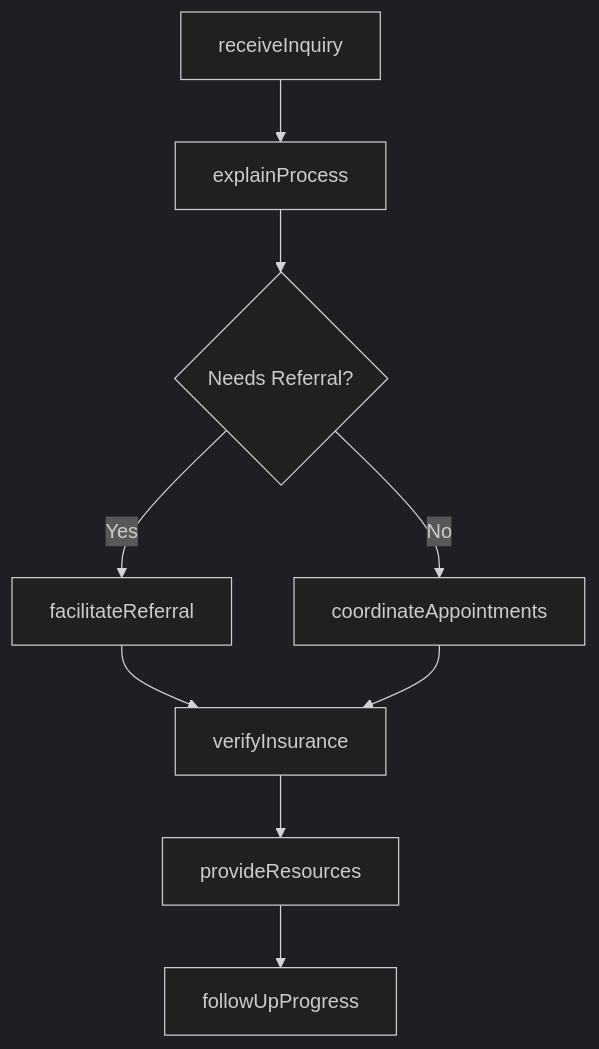
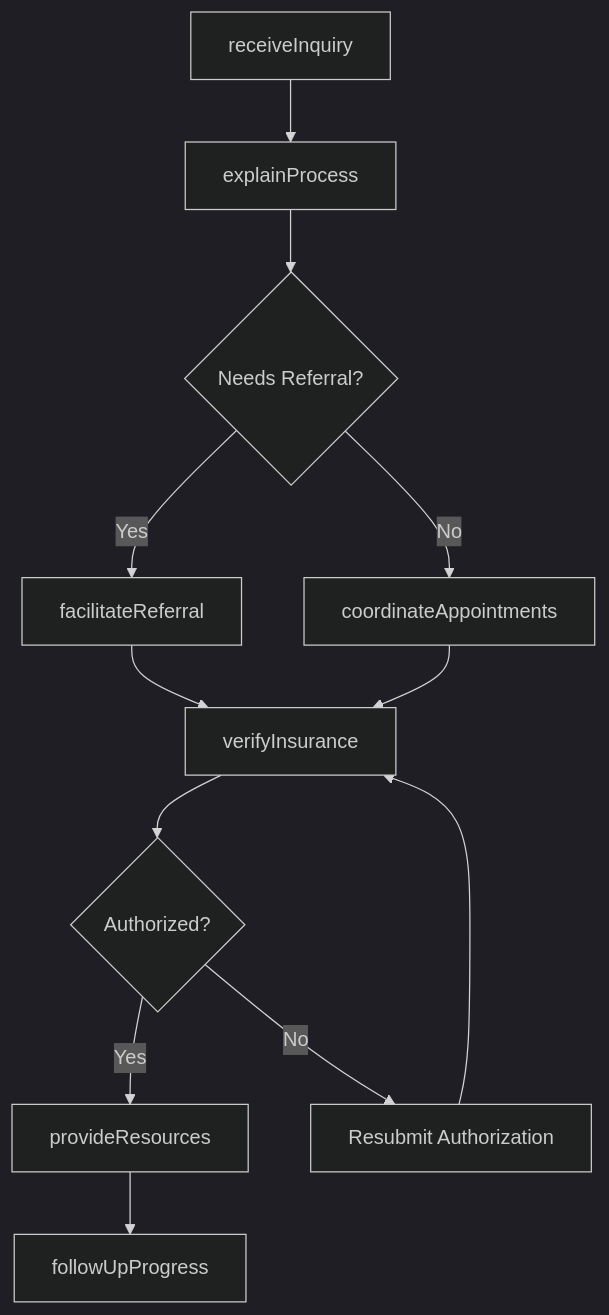
One commit to dot-org-ai/tasks.org.ai changed the third of 4 diagrams in ProvidingConsultationAndAdviceToOthers/AdvisePatientsOrClientsOnMedicalIssues/AdvisePatientsHealthcareSystemProcesses.mdx. Above: the diagram before and after it, drawn with Mermaid (dark theme). The commit also changed other lines of this file and 307 other files, not shown here.

First line of the commit message:
feat: Add ER diagrams and state diagrams to remaining 308 DWA task files (wave 3 complete)

````diff
--- a/ProvidingConsultationAndAdviceToOthers/AdvisePatientsOrClientsOnMedicalIssues/AdvisePatientsHealthcareSystemProcesses.mdx
+++ b/ProvidingConsultationAndAdviceToOthers/AdvisePatientsOrClientsOnMedicalIssues/AdvisePatientsHealthcareSystemProcesses.mdx
@@ -87,11 +115,14 @@
 ```mermaid
 graph TD
     A[receiveInquiry] --> B[explainProcess]
     B --> C{Needs Referral?}
     C -->|Yes| D[facilitateReferral]
     C -->|No| E[coordinateAppointments]
     D --> F[verifyInsurance]
     E --> F
-    F --> G[provideResources]
-    G --> H[followUpProgress]
+    F --> G{Authorized?}
+    G -->|Yes| H[provideResources]
+    G -->|No| I[Resubmit Authorization]
+    I --> F
+    H --> J[followUpProgress]
 ```
````
